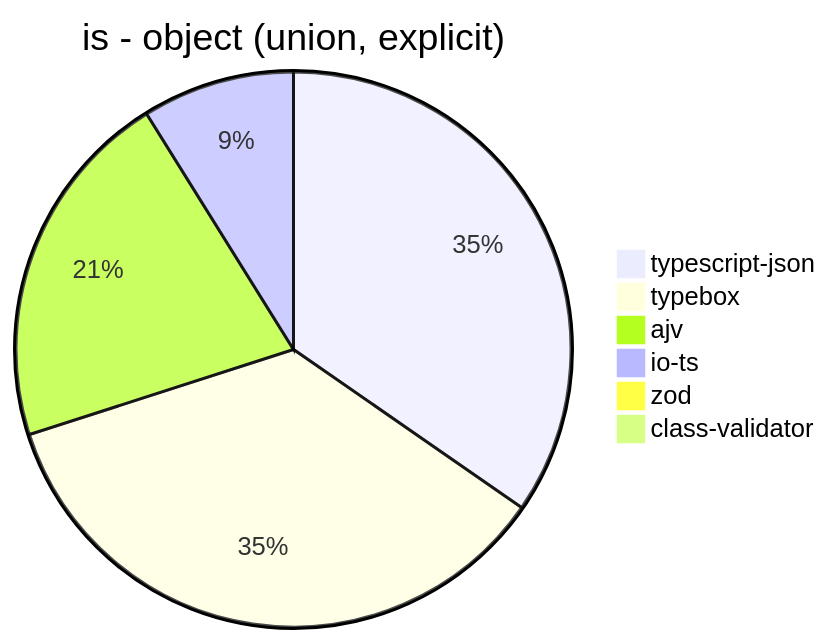
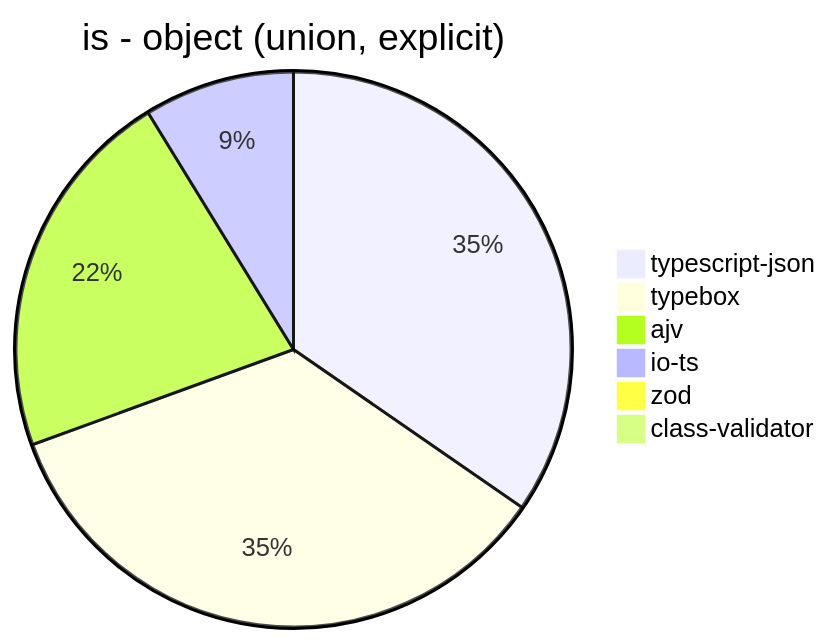
The third of 38 diagrams in benchmark/results/AMD Ryzen 7 5800H with Radeon Graphics.md (samchon/typia), drawn with Mermaid before and after one commit. The commit also changed other lines of this file and 189 other files, not shown here.

````diff
--- a/benchmark/results/AMD Ryzen 7 5800H with Radeon Graphics.md
+++ b/benchmark/results/AMD Ryzen 7 5800H with Radeon Graphics.md
@@ -43,9 +43,9 @@
 ```mermaid
 pie title is - object (union, explicit)
-  "typescript-json": 12505.327794834748
-  "typebox": 12776.566757493189
-  "ajv": 7611.069836552749
-  "io-ts": 3201.711268887675
-  "zod": 34.33556050482554
-  "class-validator": 15.235971757710889
+  "typescript-json": 12777.55511022044
+  "typebox": 12844.944231120862
+  "ajv": 8044.581234844246
+  "io-ts": 3233.333333333333
+  "zod": 34.552845528455286
+  "class-validator": 15.81754644105205
 ```
````
